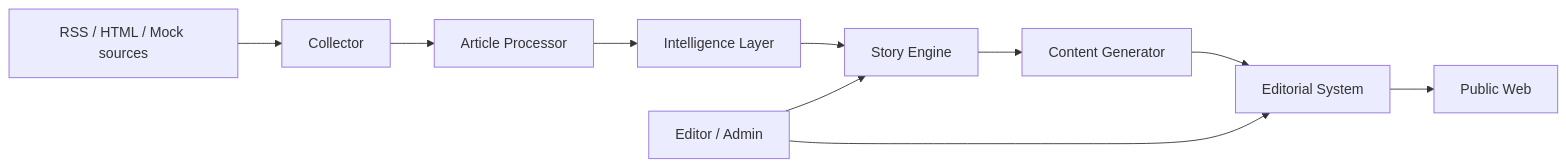
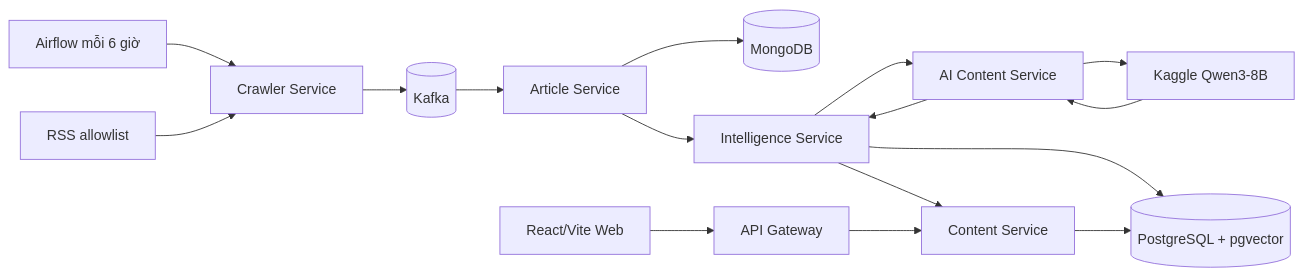
One commit to marvinphung/project3 changed the first of 2 diagrams in docs/architecture.md. Above: the diagram before and after it, drawn with Mermaid. The commit also changed other lines of this file and 12 other files, not shown here.

````diff
--- a/docs/architecture.md
+++ b/docs/architecture.md
@@ -11,12 +12,18 @@
 ```mermaid
 flowchart LR
-    Sources[RSS / HTML / Mock sources] --> Collector[Collector]
-    Collector --> Article[Article Processor]
-    Article --> Intel[Intelligence Layer]
-    Intel --> Story[Story Engine]
-    Story --> Generator[Content Generator]
-    Generator --> Editorial[Editorial System]
-    Editorial --> Public[Public Web]
-    Admin[Editor / Admin] --> Editorial
-    Admin --> Story
+    AF[Airflow mỗi 6 giờ] --> CR[Crawler Service]
+    RSS[RSS allowlist] --> CR
+    CR --> K[(Kafka)]
+    K --> AR[Article Service]
+    AR --> M[(MongoDB)]
+    AR --> IN[Intelligence Service]
+    IN --> AI[AI Content Service]
+    AI --> KG[Kaggle Qwen3-8B]
+    KG --> AI
+    AI --> IN
+    IN --> PG[(PostgreSQL + pgvector)]
+    IN --> CO[Content Service]
+    CO --> PG
+    GW[API Gateway] --> CO
+    WEB[React/Vite Web] --> GW
 ```
````
